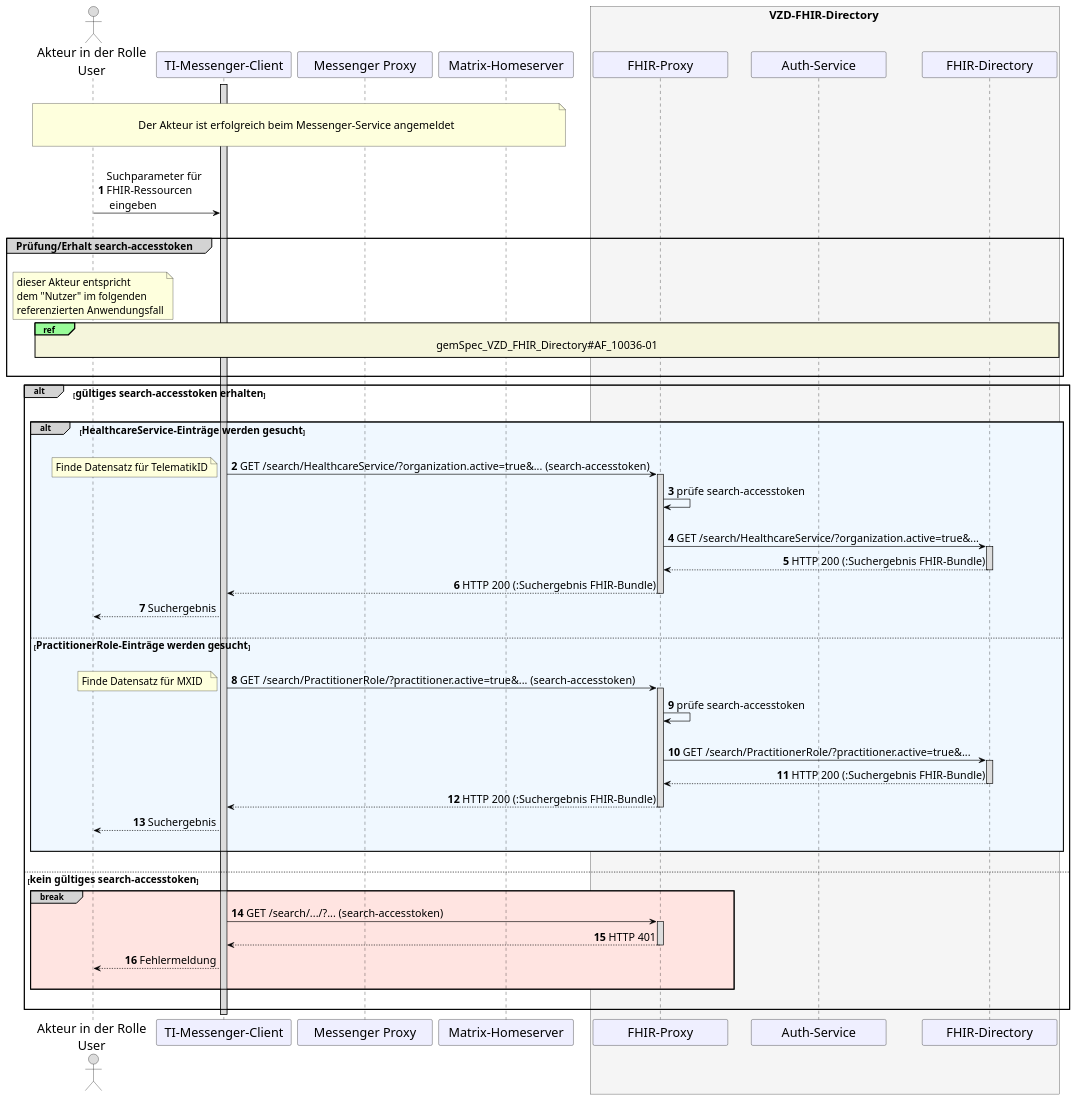
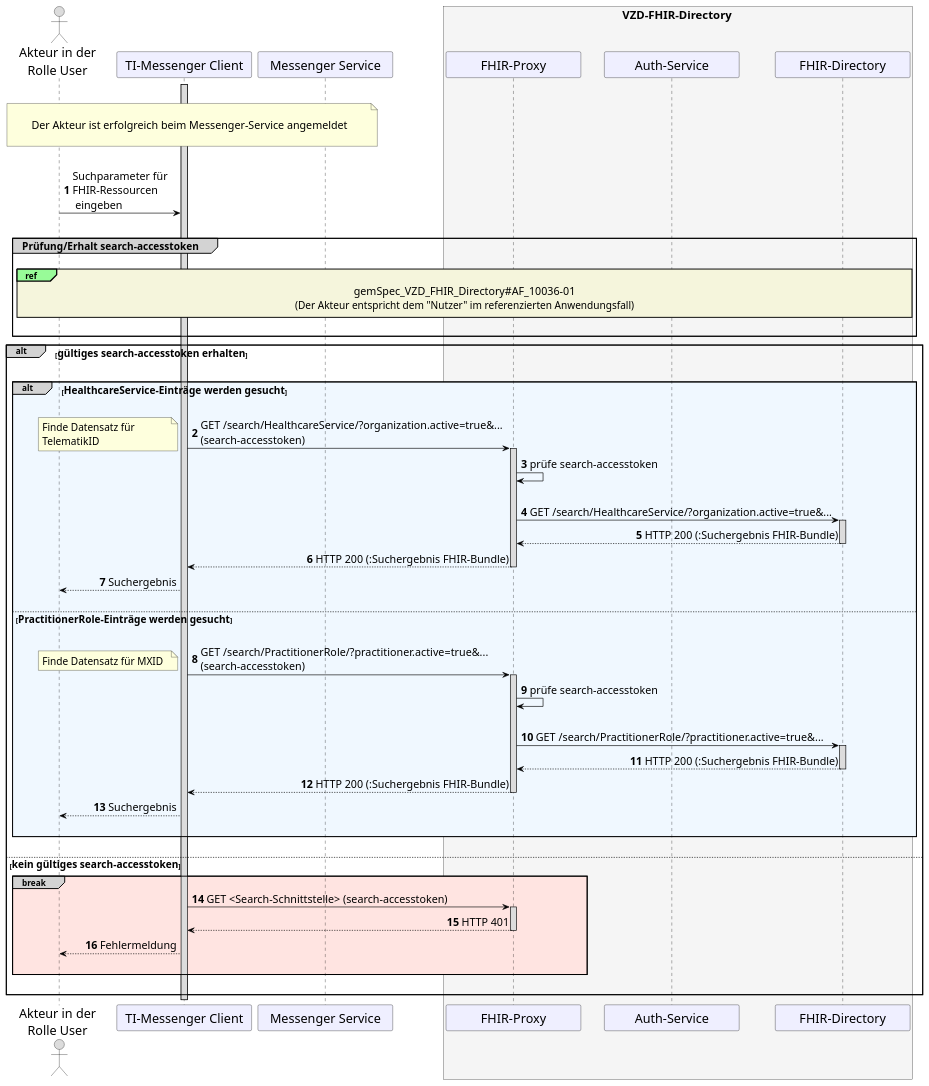
The diagram in src/images/TI-M_Basis/UC_10235_Seq.puml (gematik/api-ti-messenger), drawn with PlantUML before and after one commit.

Commit message:
Update image for TIM-1514

```diff
--- a/src/images/TI-M_Basis/UC_10235_Seq.puml
+++ b/src/images/TI-M_Basis/UC_10235_Seq.puml
@@ -1,108 +1,104 @@
 @startuml
 skinparam sequenceMessageAlign direction
 skinparam minClassWidth 200
 skinparam BoxPadding 1
 skinparam sequenceReferenceHeaderBackgroundColor palegreen
 skinparam sequenceReferenceBackgroundColor Beige
 scale max 2048 width
 
 skinparam sequence {
 ArrowColor black
 ArrowFontSize 17
 ActorBorderColor black
 LifeLineBorderColor black
 LifeLineBackgroundColor Gainsboro
 
 ParticipantBorderColor Motivation
 ParticipantBackgroundColor Motivation
 ParticipantFontSize 20
 ParticipantFontColor black
 ParticipantBorderColor Black
 ParticipantBackgroundColor MOTIVATION
 
 ActorBackgroundColor Gainsboro
 ActorFontColor black
 ActorFontSize 20
 }
 
 autonumber
 
-actor U as "Akteur in der Rolle\nUser"
-participant cl as "TI-Messenger-Client"
-participant mp as "Messenger Proxy"
-participant hs as "Matrix-Homeserver"
+actor U as "Akteur in der\nRolle User"
+participant cl as "TI-Messenger Client"
+participant ms as "Messenger Service"
 box <size:18>VZD-FHIR-Directory</size> #WhiteSmoke
   participant fp as "FHIR-Proxy"
   participant au as "Auth-Service"
   participant fd as "FHIR-Directory"
 end box
 
 |||
-note over U, hs: \n<size:17>Der Akteur ist erfolgreich beim Messenger-Service angemeldet</size>\n
+note over U, ms: \n<size:17>Der Akteur ist erfolgreich beim Messenger-Service angemeldet</size>\n
 |||
 activate cl
 U->cl:Suchparameter für \nFHIR-Ressourcen \n eingeben
 |||
 group#LightGrey <size:16>Prüfung/Erhalt search-accesstoken</size>
   |||
-  note over U
-  <size:16>dieser Akteur entspricht</size>
-  <size:16>dem "Nutzer" im folgenden</size>
-  <size:16>referenzierten Anwendungsfall</size>
-  end note
-  ref over U, cl, mp, hs, fp, au, fd
+  ref over U, cl, ms, fp, au, fd
   <size:17>gemSpec_VZD_FHIR_Directory#AF_10036-01</size>
+  <size:16>(Der Akteur entspricht dem "Nutzer" im referenzierten Anwendungsfall)</size>
   |||
   end ref
   |||
 end group
 
 alt#LightGrey <size:16>gültiges search-accesstoken erhalten</size>
 |||
   alt#LightGrey #AliceBlue <size:16>HealthcareService-Einträge werden gesucht</size>
     |||
-    cl->fp: GET /search/HealthcareService/?organization.active=true&... (search-accesstoken)
+    cl->fp: GET /search/HealthcareService/?organization.active=true&...\n(search-accesstoken)
     note left
-    <size:16>Finde Datensatz für TelematikID</size>
+    <size:16>Finde Datensatz für </size>
+    <size:16>TelematikID</size>
     end note
     activate fp
     fp->fp: prüfe search-accesstoken
     |||
     fp->fd: GET /search/HealthcareService/?organization.active=true&...
     activate fd
     fd-->fp: HTTP 200 (:Suchergebnis FHIR-Bundle)
       deactivate fd
     fp-->cl: HTTP 200 (:Suchergebnis FHIR-Bundle)
     deactivate fp
     cl-->U: Suchergebnis
     |||
   else <size:16>PractitionerRole-Einträge werden gesucht</size>
     |||
-    cl->fp: GET /search/PractitionerRole/?practitioner.active=true&... (search-accesstoken)
+    cl->fp: GET /search/PractitionerRole/?practitioner.active=true&...\n(search-accesstoken)
     note left
     <size:16>Finde Datensatz für MXID</size>
     end note
     activate fp
     fp->fp: prüfe search-accesstoken
     |||
     fp->fd: GET /search/PractitionerRole/?practitioner.active=true&...
     activate fd
     fd-->fp: HTTP 200 (:Suchergebnis FHIR-Bundle)
       deactivate fd
     fp-->cl: HTTP 200 (:Suchergebnis FHIR-Bundle)
     deactivate fp
     cl-->U: Suchergebnis
     |||
   end
 |||
 else <size:16>kein gültiges search-accesstoken</size>
   break#LightGrey #MistyRose
-    cl->fp++: GET /search/.../?... (search-accesstoken)
+    cl->fp++: GET <Search-Schnittstelle> (search-accesstoken)
     fp-->cl--: HTTP 401
     cl-->U: Fehlermeldung
   |||
   end
 |||
 end
 
 @enduml
```
